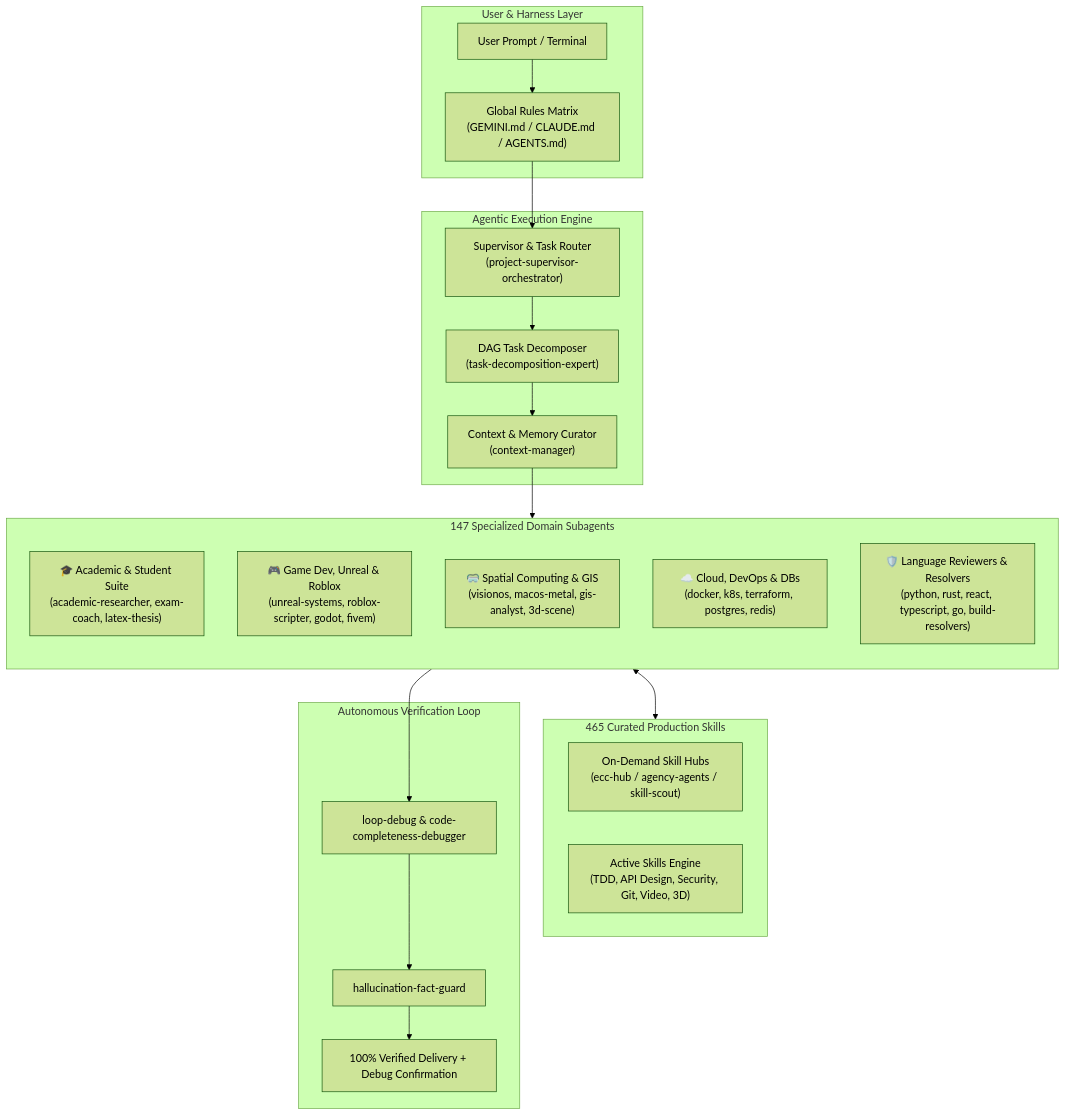
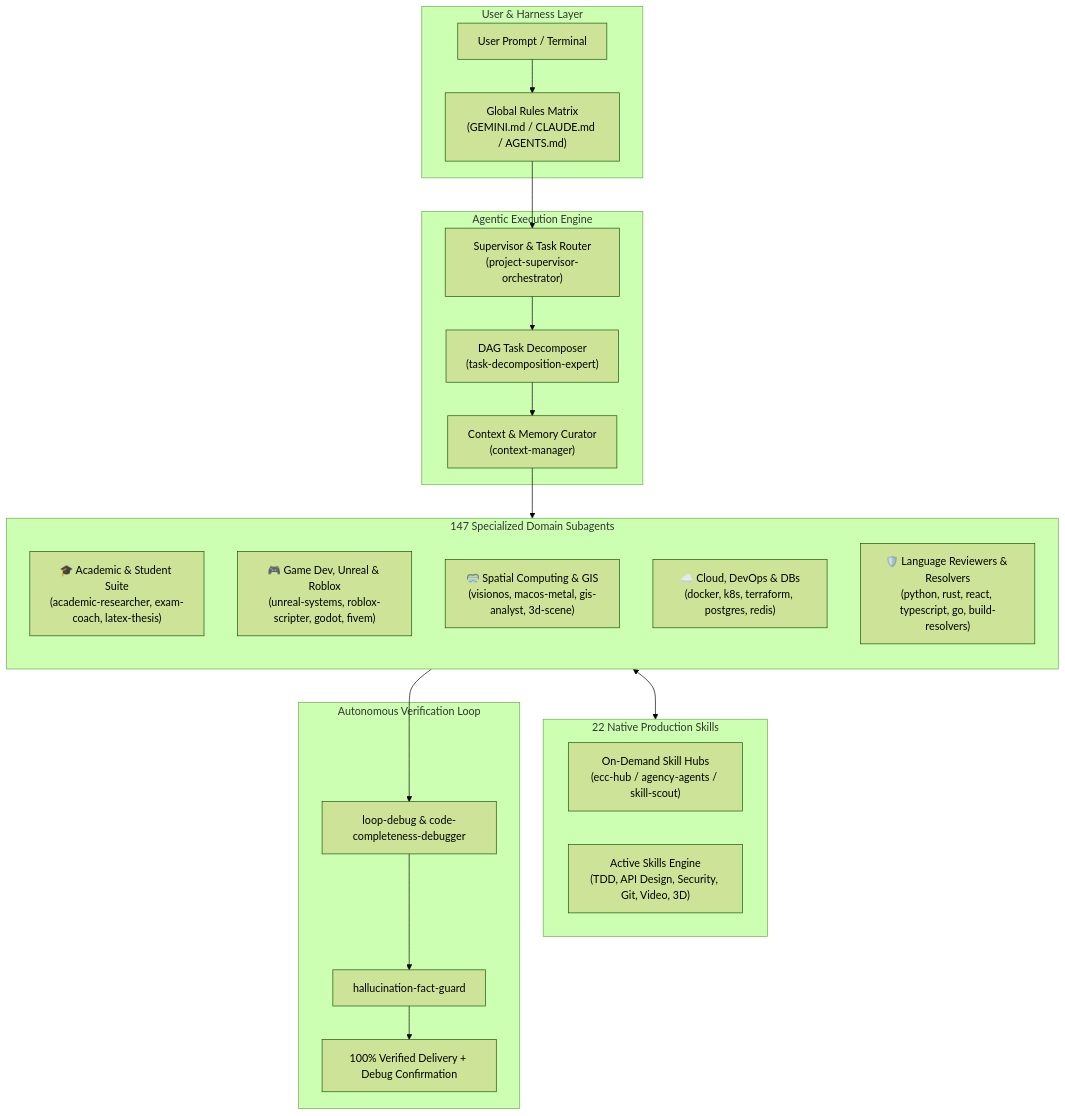
The diagram in README.md (Osama-Alzahrani-UQU/OmniAgentic), drawn with Mermaid (forest theme) before and after one commit. The commit also changed other lines of this file and 1151 other files, not shown here.

Commit message:
fix(skills): prune external downloaded skills, retain 22 native core skills

````diff
--- a/README.md
+++ b/README.md
@@ -138,50 +138,50 @@
 ```mermaid
 flowchart TD
     subgraph UserInterface["User & Harness Layer"]
         CLI["User Prompt / Terminal"]
         Rules["Global Rules Matrix
 (GEMINI.md / CLAUDE.md / AGENTS.md)"]
     end
 
     subgraph CoreEngine["Agentic Execution Engine"]
         Supervisor["Supervisor & Task Router
 (project-supervisor-orchestrator)"]
         Decomposer["DAG Task Decomposer
 (task-decomposition-expert)"]
         ContextMgr["Context & Memory Curator
 (context-manager)"]
     end
 
     subgraph AgentFleet["147 Specialized Domain Subagents"]
         direction TB
         Academic["🎓 Academic & Student Suite
 (academic-researcher, exam-coach, latex-thesis)"]
         GameDev["🎮 Game Dev, Unreal & Roblox
 (unreal-systems, roblox-scripter, godot, fivem)"]
         Spatial["🥽 Spatial Computing & GIS
 (visionos, macos-metal, gis-analyst, 3d-scene)"]
         CloudDB["☁️ Cloud, DevOps & DBs
 (docker, k8s, terraform, postgres, redis)"]
         CodeReview["🛡️ Language Reviewers & Resolvers
 (python, rust, react, typescript, go, build-resolvers)"]
     end
 
-    subgraph SkillsMatrix["465 Curated Production Skills"]
+    subgraph SkillsMatrix["22 Native Production Skills"]
         SkillsHub["On-Demand Skill Hubs
 (ecc-hub / agency-agents / skill-scout)"]
         ActiveSkills["Active Skills Engine
 (TDD, API Design, Security, Git, Video, 3D)"]
     end
 
     subgraph QualityGate["Autonomous Verification Loop"]
         Verifier["loop-debug & code-completeness-debugger"]
         FactGuard["hallucination-fact-guard"]
         Delivery["100% Verified Delivery + Debug Confirmation"]
     end
 
     CLI --> Rules --> Supervisor
     Supervisor --> Decomposer --> ContextMgr
     ContextMgr --> AgentFleet
     AgentFleet <--> SkillsMatrix
     AgentFleet --> Verifier --> FactGuard --> Delivery
 ```
````
